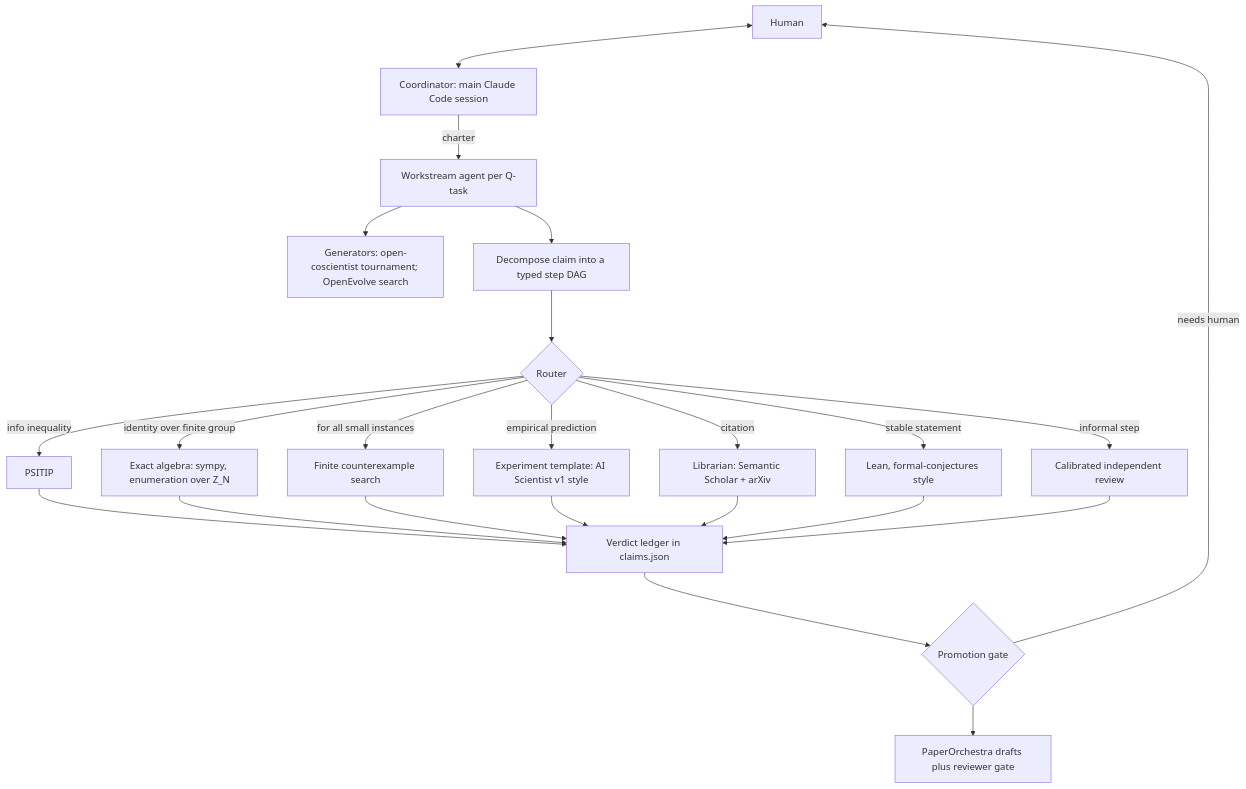
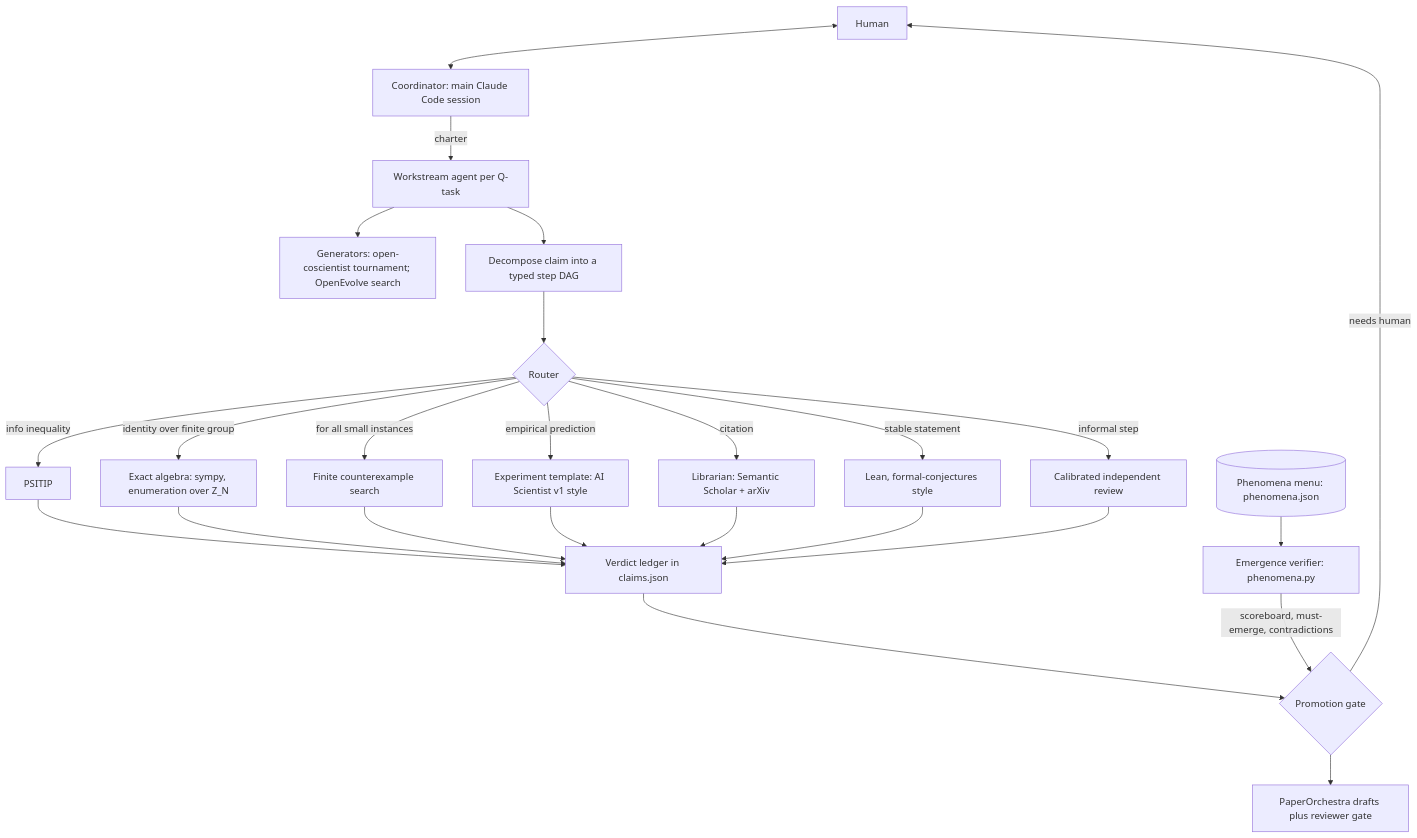
The diagram in program/harness.md (sbutner/effective-octo-chainsaw), drawn with Mermaid before and after one commit. The commit also changed other lines of this file and 8 other files, not shown here.

First line of the commit message:
Add emergence verifier and literature-grounded phenomena menu

````diff
--- a/program/harness.md
+++ b/program/harness.md
@@ -16,19 +17,21 @@
 ```mermaid
 flowchart TD
   H[Human] <--> CO[Coordinator: main Claude Code session]
   CO -->|charter| WS[Workstream agent per Q-task]
   WS --> GEN[Generators: open-coscientist tournament; OpenEvolve search]
   WS --> DEC[Decompose claim into a typed step DAG]
   DEC --> RT{Router}
   RT -->|info inequality| PS[PSITIP]
   RT -->|identity over finite group| EX[Exact algebra: sympy, enumeration over Z_N]
   RT -->|"for all small instances"| FS[Finite counterexample search]
   RT -->|empirical prediction| SIM[Experiment template: AI Scientist v1 style]
   RT -->|citation| LIB[Librarian: Semantic Scholar + arXiv]
   RT -->|stable statement| LEAN[Lean, formal-conjectures style]
   RT -->|informal step| REV[Calibrated independent review]
   PS & EX & FS & SIM & LIB & LEAN & REV --> LED[Verdict ledger in claims.json]
   LED --> GATE{Promotion gate}
+  PH[(Phenomena menu: phenomena.json)] --> EMV[Emergence verifier: phenomena.py]
+  EMV -->|scoreboard, must-emerge, contradictions| GATE
   GATE -->|needs human| H
   GATE --> WR[PaperOrchestra drafts plus reviewer gate]
 ```
````
